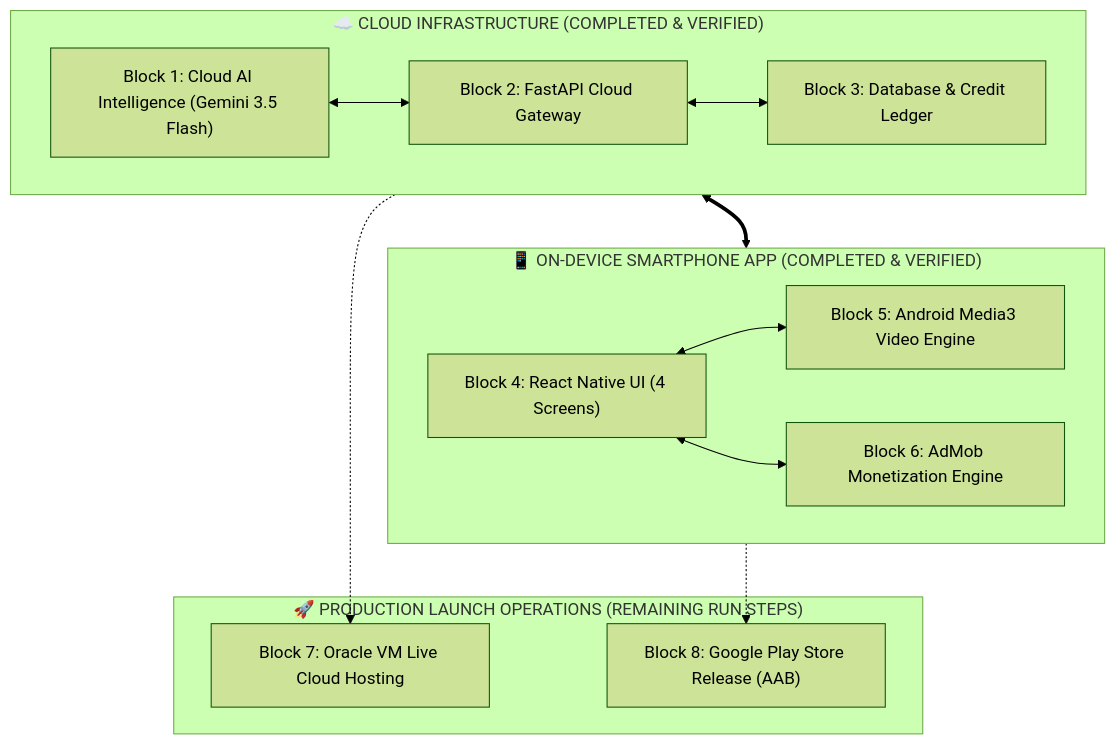
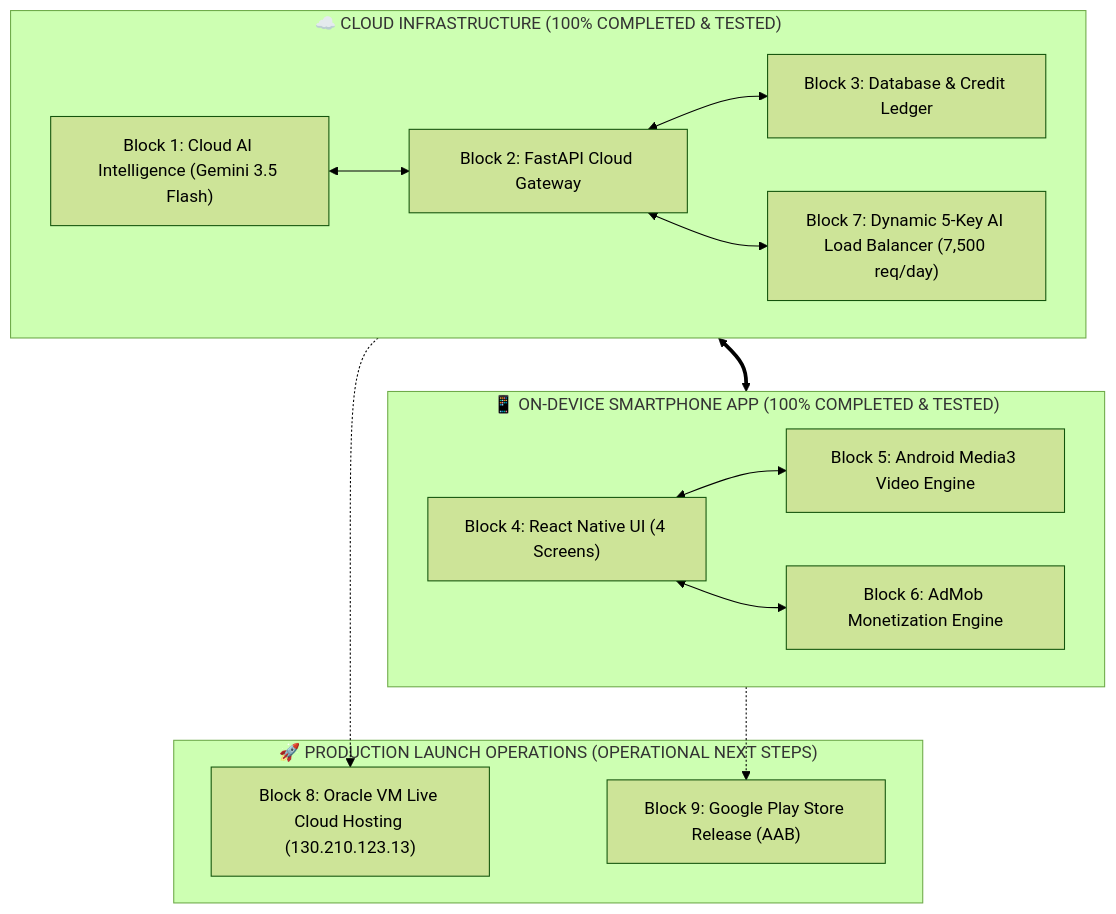
One commit to vk9199kadam-hue/ai.pro changed the diagram in FINAL_DEVELOPMENT_BREAKDOWN_REPORT.md. Above: the diagram before and after it, drawn with Mermaid (forest theme). The commit also changed other lines of this file, not shown here.

Commit message:
docs: update development report with 5-key load balancer and active oracle vm

````diff
--- a/FINAL_DEVELOPMENT_BREAKDOWN_REPORT.md
+++ b/FINAL_DEVELOPMENT_BREAKDOWN_REPORT.md
@@ -27,27 +29,29 @@
 ```mermaid
 flowchart TD
-    subgraph CloudLayer["☁️ CLOUD INFRASTRUCTURE (COMPLETED & VERIFIED)"]
+    subgraph CloudLayer["☁️ CLOUD INFRASTRUCTURE (100% COMPLETED & TESTED)"]
         B1["Block 1: Cloud AI Intelligence (Gemini 3.5 Flash)"]
         B2["Block 2: FastAPI Cloud Gateway"]
         B3["Block 3: Database & Credit Ledger"]
+        B7["Block 7: Dynamic 5-Key AI Load Balancer (7,500 req/day)"]
         B1 <--> B2
         B2 <--> B3
+        B2 <--> B7
     end
 
-    subgraph ClientLayer["📱 ON-DEVICE SMARTPHONE APP (COMPLETED & VERIFIED)"]
+    subgraph ClientLayer["📱 ON-DEVICE SMARTPHONE APP (100% COMPLETED & TESTED)"]
         B4["Block 4: React Native UI (4 Screens)"]
         B5["Block 5: Android Media3 Video Engine"]
         B6["Block 6: AdMob Monetization Engine"]
         B4 <--> B5
         B4 <--> B6
     end
 
-    subgraph LaunchLayer["🚀 PRODUCTION LAUNCH OPERATIONS (REMAINING RUN STEPS)"]
-        B7["Block 7: Oracle VM Live Cloud Hosting"]
-        B8["Block 8: Google Play Store Release (AAB)"]
+    subgraph LaunchLayer["🚀 PRODUCTION LAUNCH OPERATIONS (OPERATIONAL NEXT STEPS)"]
+        B8["Block 8: Oracle VM Live Cloud Hosting (130.210.123.13)"]
+        B9["Block 9: Google Play Store Release (AAB)"]
     end
 
     CloudLayer <==> ClientLayer
-    CloudLayer -.-> B7
-    ClientLayer -.-> B8
+    CloudLayer -.-> B8
+    ClientLayer -.-> B9
 ```
````
